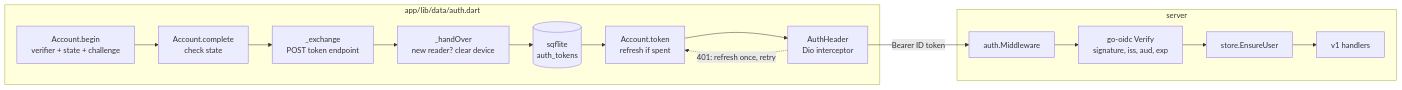
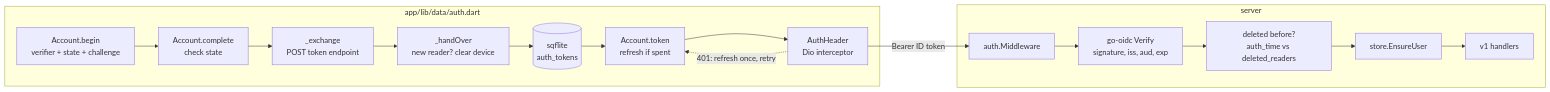
The second of 3 diagrams in docs/architecture/api/auth.md (MohammadBnei/wird), drawn with Mermaid before and after one commit. The commit also changed other lines of this file and 20 other files, not shown here.

````diff
--- a/docs/architecture/api/auth.md
+++ b/docs/architecture/api/auth.md
@@ -40,22 +40,23 @@
 ```mermaid
 flowchart LR
   subgraph app["app/lib/data/auth.dart"]
     begin["Account.begin<br/>verifier + state + challenge"]
     complete["Account.complete<br/>check state"]
     exchange["_exchange<br/>POST token endpoint"]
     handover["_handOver<br/>new reader? clear device"]
     table[("sqflite<br/>auth_tokens")]
     token["Account.token<br/>refresh if spent"]
     header["AuthHeader<br/>Dio interceptor"]
   end
   subgraph server["server"]
     mw["auth.Middleware"]
     verify["go-oidc Verify<br/>signature, iss, aud, exp"]
+    deleted["deleted before?<br/>auth_time vs deleted_readers"]
     ensure["store.EnsureUser"]
     v1["v1 handlers"]
   end
   begin --> complete --> exchange --> handover --> table
   table --> token --> header
-  header -->|"Bearer ID token"| mw --> verify --> ensure --> v1
+  header -->|"Bearer ID token"| mw --> verify --> deleted --> ensure --> v1
   header -.->|"401: refresh once, retry"| token
 ```
````
